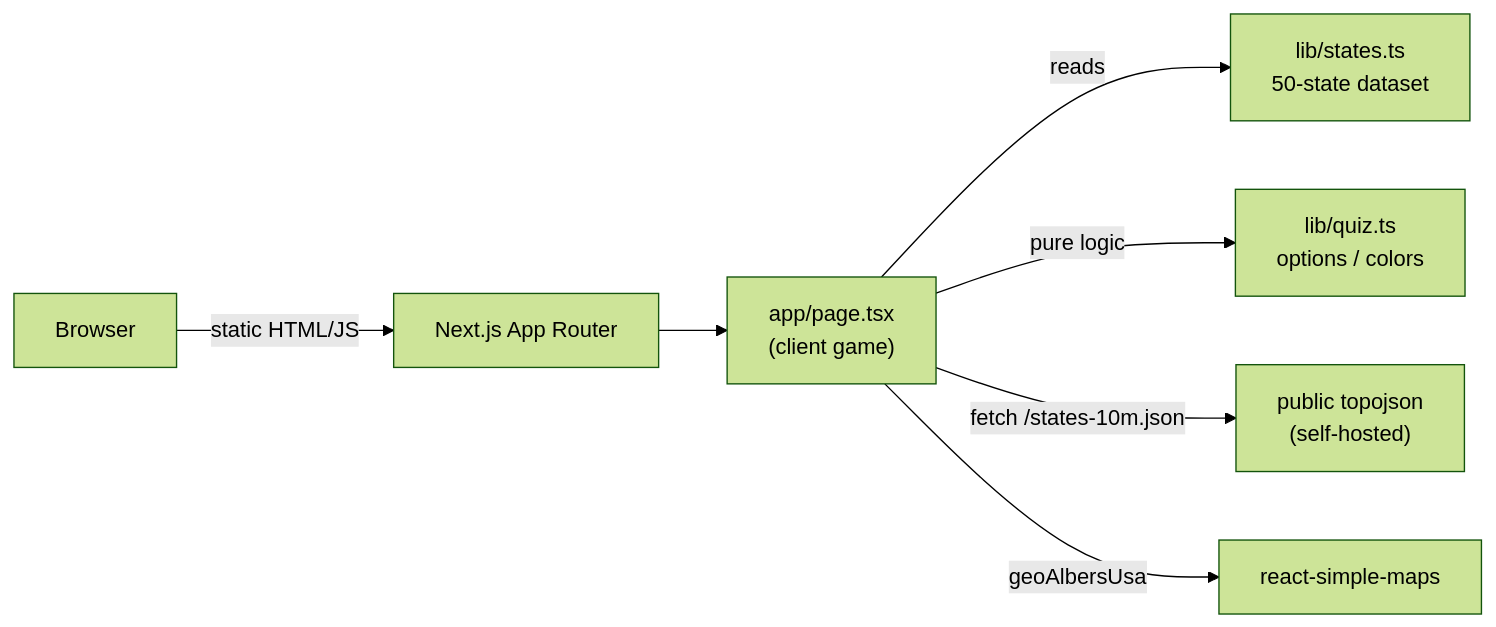
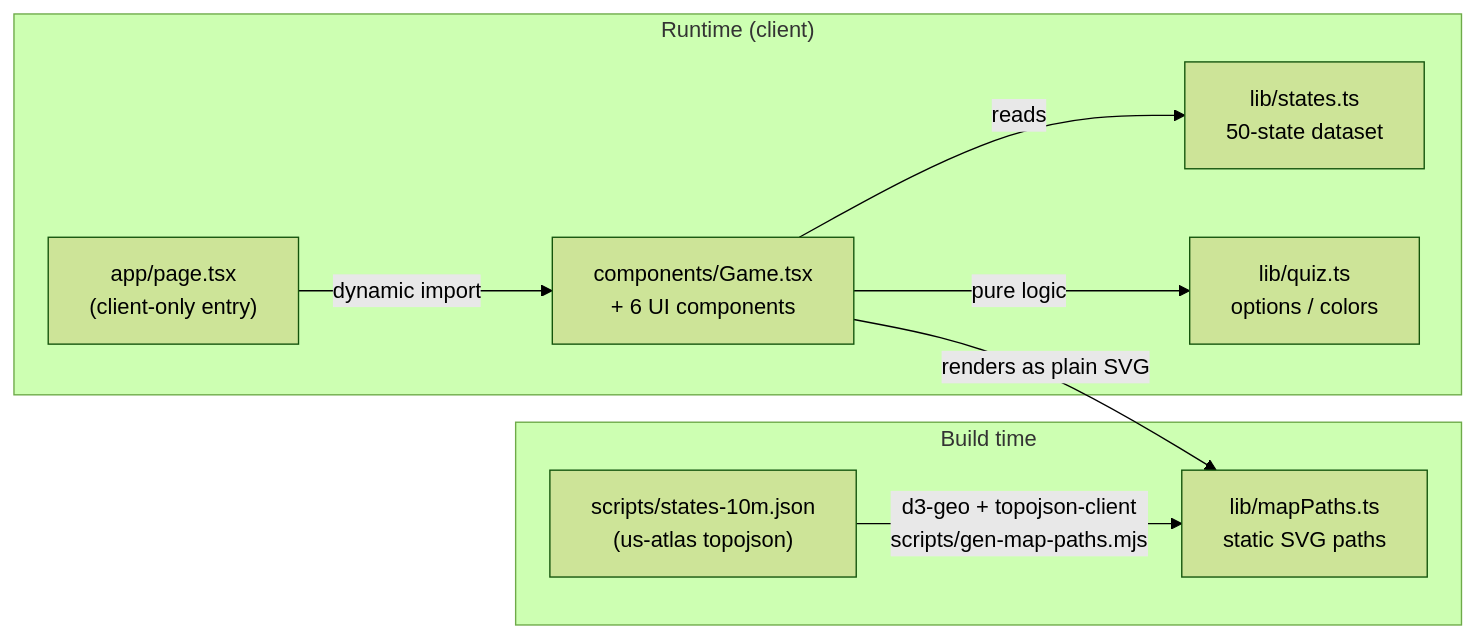
One commit to bunlongheng/us-states changed the diagram in README.md. Above: the diagram before and after it, drawn with Mermaid (forest theme). The commit also changed other lines of this file and 25 other files, not shown here.

````diff
--- a/README.md
+++ b/README.md
@@ -46,9 +46,12 @@
 ```mermaid
 flowchart LR
-  A[Browser] -->|static HTML/JS| B[Next.js App Router]
-  B --> C["app/page.tsx<br/>(client game)"]
-  C -->|"reads"| D["lib/states.ts<br/>50-state dataset"]
-  C -->|"pure logic"| E["lib/quiz.ts<br/>options / colors"]
-  C -->|"fetch /states-10m.json"| F["public topojson<br/>(self-hosted)"]
-  C -->|"geoAlbersUsa"| G[react-simple-maps]
+  subgraph build["Build time"]
+    T["scripts/states-10m.json<br/>(us-atlas topojson)"] -->|"d3-geo + topojson-client<br/>scripts/gen-map-paths.mjs"| M["lib/mapPaths.ts<br/>static SVG paths"]
+  end
+  subgraph run["Runtime (client)"]
+    P["app/page.tsx<br/>(client-only entry)"] -->|"dynamic import"| C["components/Game.tsx<br/>+ 6 UI components"]
+    C -->|"reads"| D["lib/states.ts<br/>50-state dataset"]
+    C -->|"pure logic"| E["lib/quiz.ts<br/>options / colors"]
+    C -->|"renders as plain SVG"| M
+  end
 ```
````
